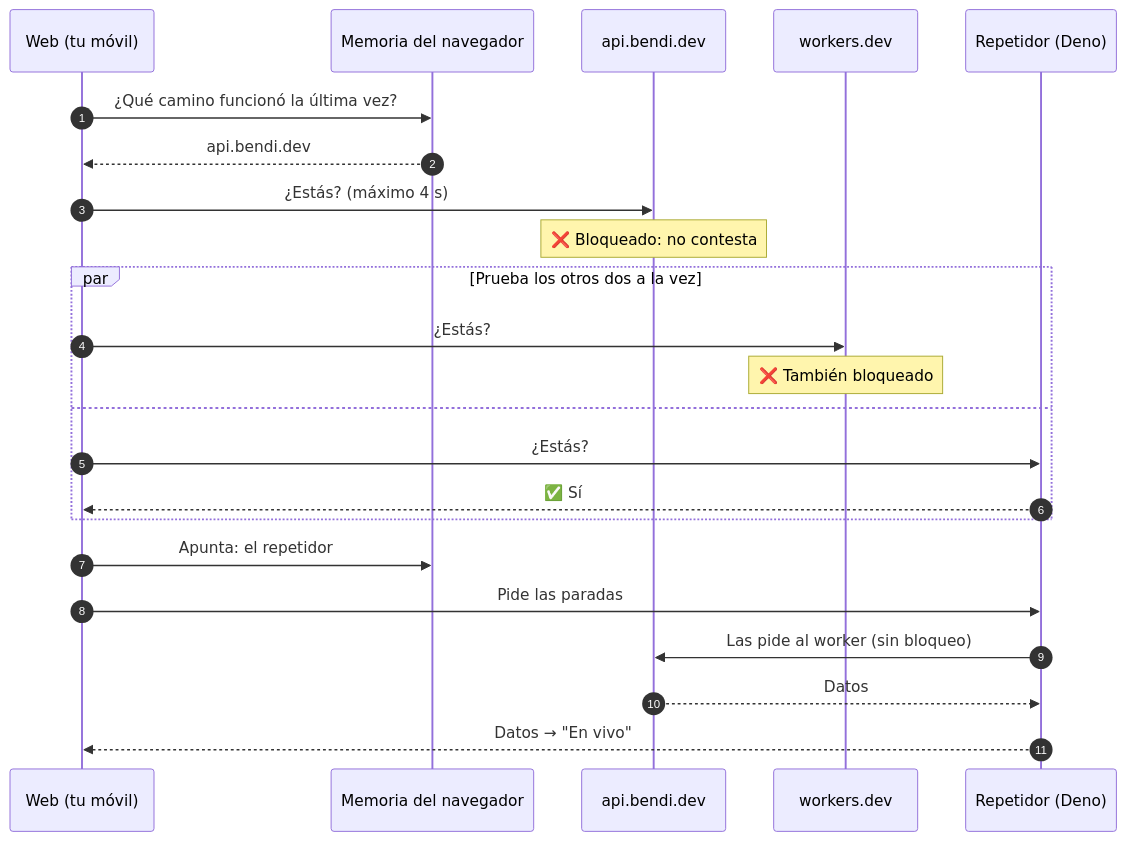
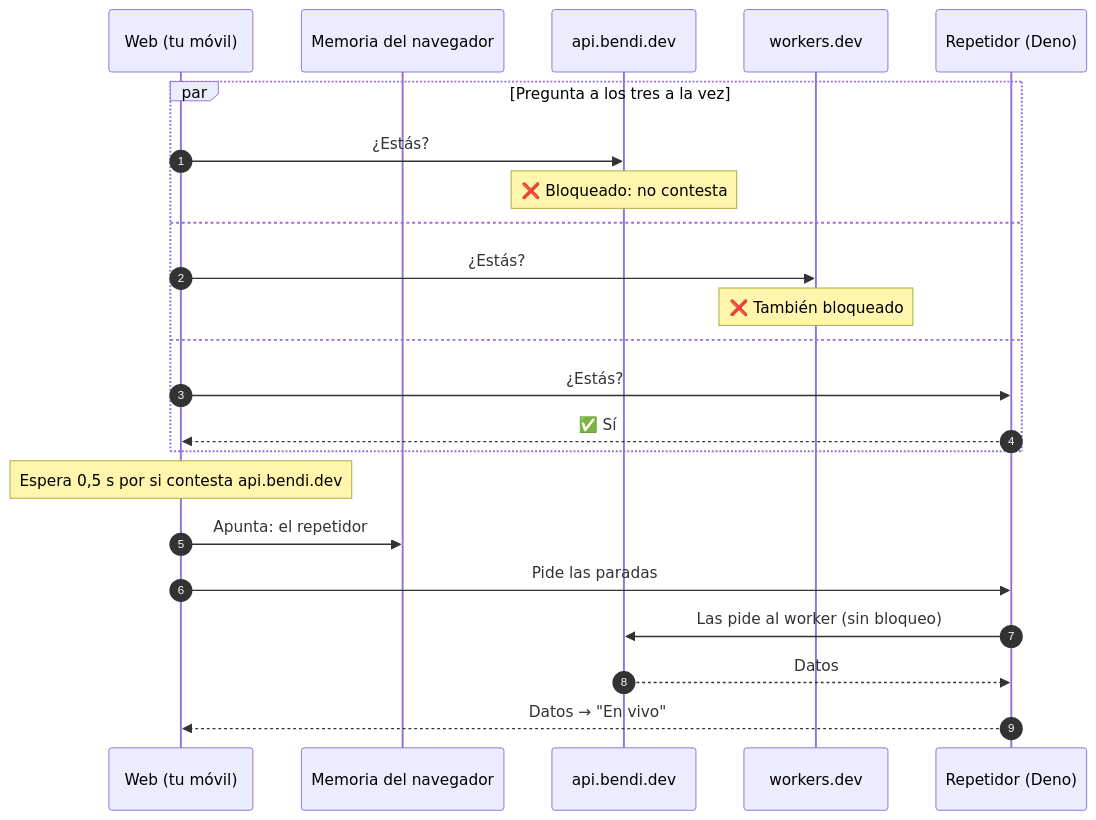
One commit to serbenda/marquesina changed the seventh of 17 diagrams in docs/GUIA.md. Above: the diagram before and after it, drawn with Mermaid. The commit also changed other lines of this file and 10 other files, not shown here.

````diff
--- a/docs/GUIA.md
+++ b/docs/GUIA.md
@@ -289,25 +289,25 @@
 ```mermaid
 sequenceDiagram
   autonumber
   participant W as Web (tu móvil)
   participant M as Memoria del navegador
   participant A as api.bendi.dev
   participant B as workers.dev
   participant R as Repetidor (Deno)
-  W->>M: ¿Qué camino funcionó la última vez?
-  M-->>W: api.bendi.dev
-  W->>A: ¿Estás? (máximo 4 s)
-  Note over A: ❌ Bloqueado: no contesta
-  par Prueba los otros dos a la vez
+  par Pregunta a los tres a la vez
+    W->>A: ¿Estás?
+    Note over A: ❌ Bloqueado: no contesta
+  and
     W->>B: ¿Estás?
     Note over B: ❌ También bloqueado
   and
     W->>R: ¿Estás?
     R-->>W: ✅ Sí
   end
+  Note over W: Espera 0,5 s por si contesta api.bendi.dev
   W->>M: Apunta: el repetidor
   W->>R: Pide las paradas
   R->>A: Las pide al worker (sin bloqueo)
   A-->>R: Datos
   R-->>W: Datos → "En vivo"
 ```
````
